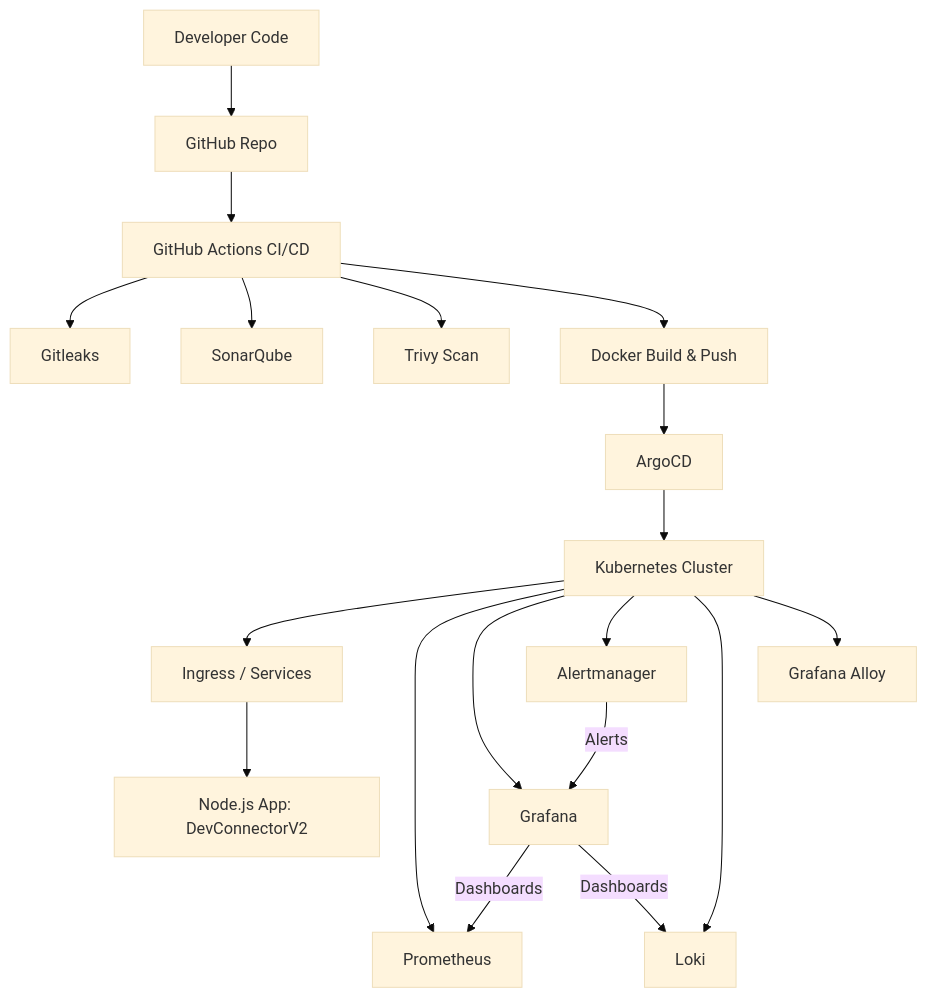
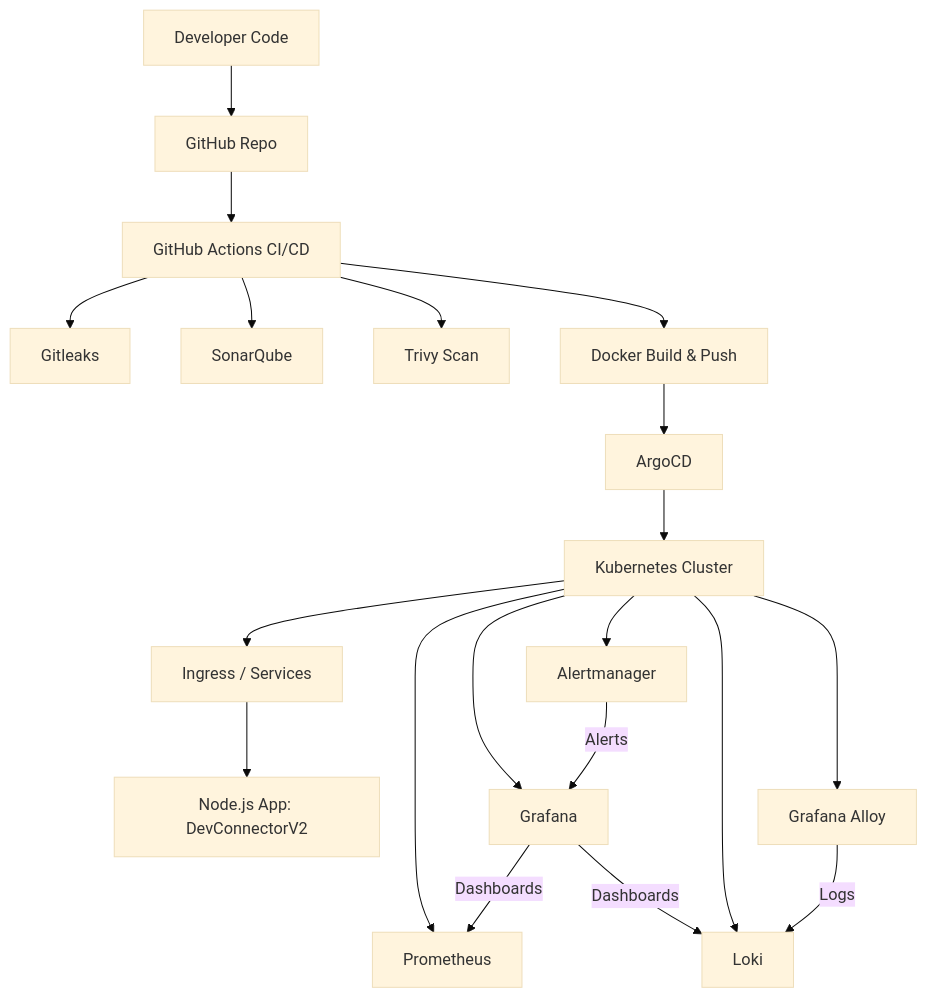
Before and after one commit to gauravchoudhary1998/devConnectorV2: the first of 4 diagrams in README.md, drawn with Mermaid (base theme).

````diff
--- a/README.md
+++ b/README.md
@@ -42,25 +42,26 @@
 ```mermaid
 flowchart TD
     A[Developer Code] --> B[GitHub Repo]
     B --> C[GitHub Actions CI/CD]
     C --> D[Gitleaks]
     C --> E[SonarQube]
     C --> F[Trivy Scan]
     C --> G[Docker Build & Push]
     G --> H[ArgoCD]
     H --> I[Kubernetes Cluster]
     I --> J[Ingress / Services]
     J --> K["Node.js App: DevConnectorV2"]
 
     %% Monitoring & Logging
     I --> L[Prometheus]
     I --> M[Grafana]
     I --> N[Alertmanager]
     I --> O[Loki]
     I --> P[Grafana Alloy]
 
     M -->|Dashboards| L
     M -->|Dashboards| O
     N -->|Alerts| M
+    P -->|Logs| O
 
 ```
````
